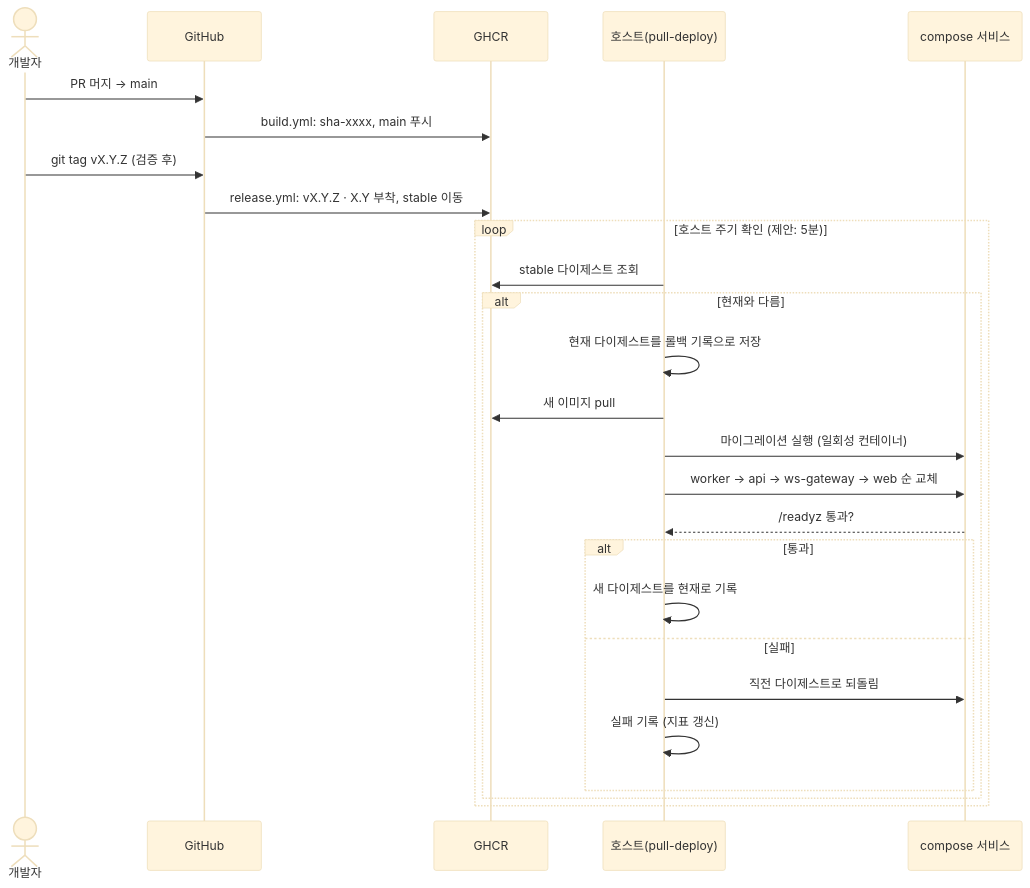
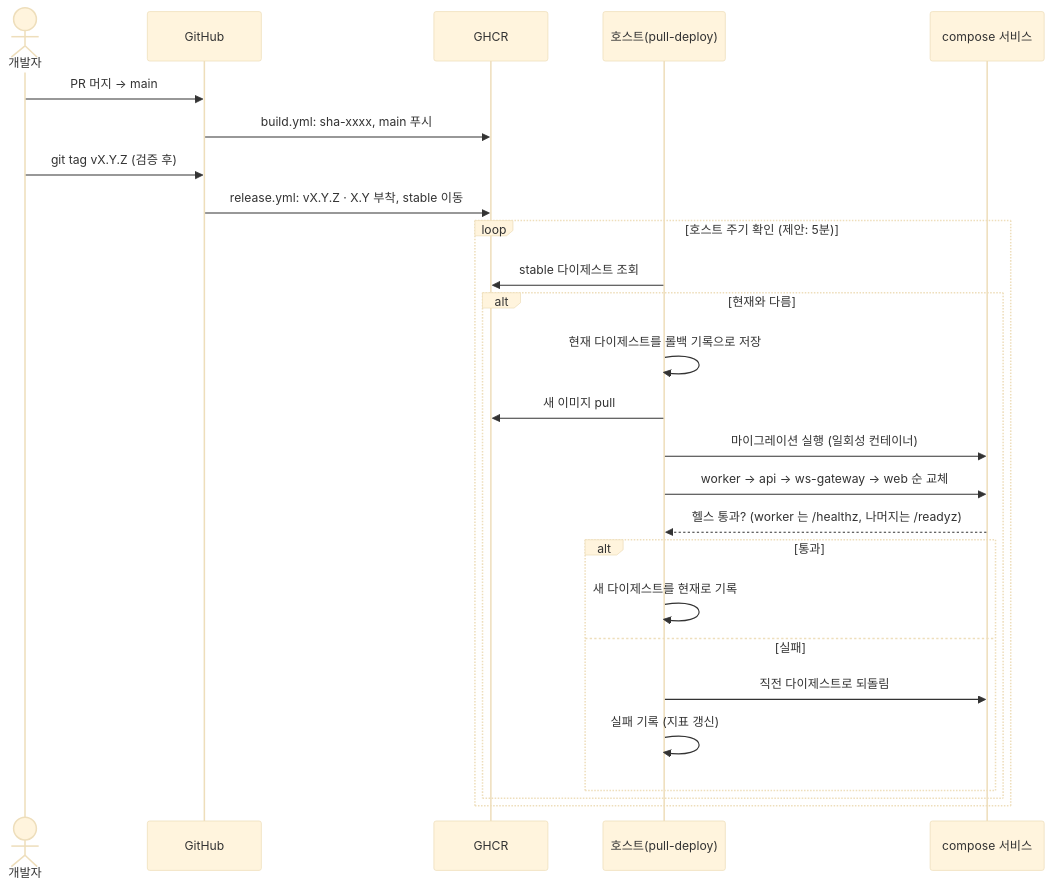
One commit to 1985jwlee/portpolio_backend changed the fourth of 4 diagrams in docs/design/09-ci-cd.md. Above: the diagram before and after it, drawn with Mermaid (base theme). The commit also changed other lines of this file and 33 other files, not shown here.

````diff
--- a/docs/design/09-ci-cd.md
+++ b/docs/design/09-ci-cd.md
@@ -145,28 +145,28 @@
 ```mermaid
 sequenceDiagram
     actor Dev as 개발자
     participant GH as GitHub
     participant REG as GHCR
     participant H as 호스트(pull-deploy)
     participant C as compose 서비스
     Dev->>GH: PR 머지 → main
     GH->>REG: build.yml: sha-xxxx, main 푸시
     Dev->>GH: git tag vX.Y.Z (검증 후)
     GH->>REG: release.yml: vX.Y.Z · X.Y 부착, stable 이동
     loop 호스트 주기 확인 (제안: 5분)
         H->>REG: stable 다이제스트 조회
         alt 현재와 다름
             H->>H: 현재 다이제스트를 롤백 기록으로 저장
             H->>REG: 새 이미지 pull
             H->>C: 마이그레이션 실행 (일회성 컨테이너)
             H->>C: worker → api → ws-gateway → web 순 교체
-            C-->>H: /readyz 통과?
+            C-->>H: 헬스 통과? (worker 는 /healthz, 나머지는 /readyz)
             alt 통과
                 H->>H: 새 다이제스트를 현재로 기록
             else 실패
                 H->>C: 직전 다이제스트로 되돌림
                 H->>H: 실패 기록 (지표 갱신)
             end
         end
     end
 ```
````
